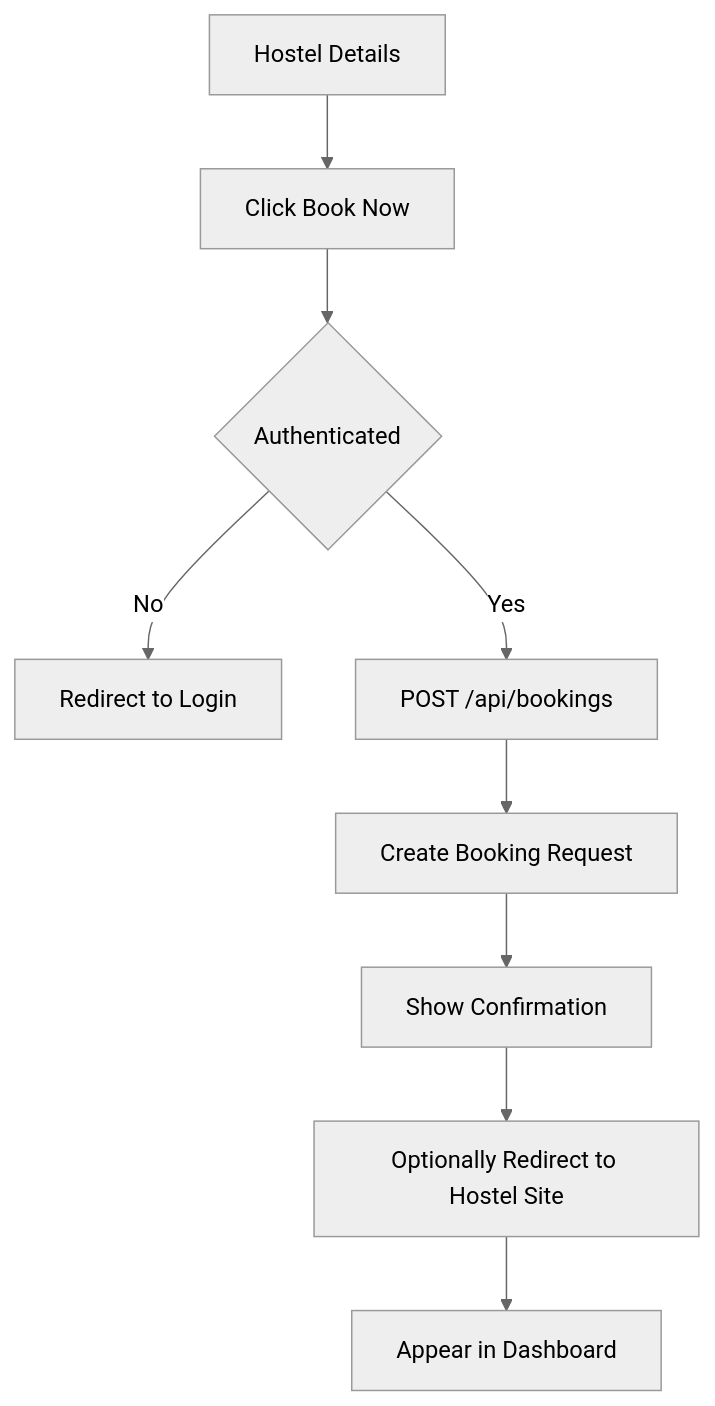
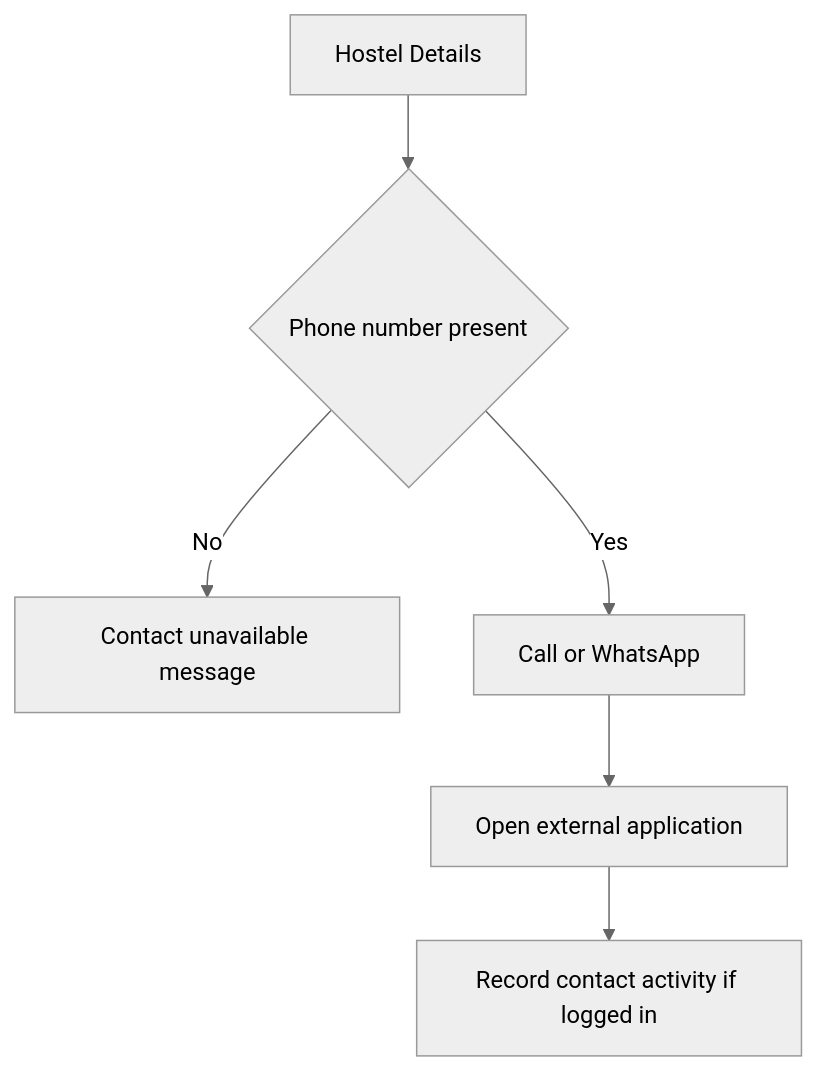
One commit to Zaps215/gctu-hostels-backend changed diagram 12 of 13 in docs/04_USER_FLOW.md. Above: the diagram before and after it, drawn with Mermaid (neutral theme). The commit also changed other lines of this file and 27 other files, not shown here.

````diff
--- a/docs/04_USER_FLOW.md
+++ b/docs/04_USER_FLOW.md
@@ -245,11 +248,8 @@
 ```mermaid
 graph TD
-    A[Hostel Details] --> B[Click Book Now]
-    B --> C{Authenticated}
-    C -->|No| D[Redirect to Login]
-    C -->|Yes| E[POST /api/bookings]
-    E --> F[Create Booking Request]
-    F --> G[Show Confirmation]
-    G --> H[Optionally Redirect to Hostel Site]
-    H --> I[Appear in Dashboard]
+    A[Hostel Details] --> B{Phone number present}
+    B -->|No| C[Contact unavailable message]
+    B -->|Yes| D[Call or WhatsApp]
+    D --> E[Open external application]
+    E --> F[Record contact activity if logged in]
 ```
````
